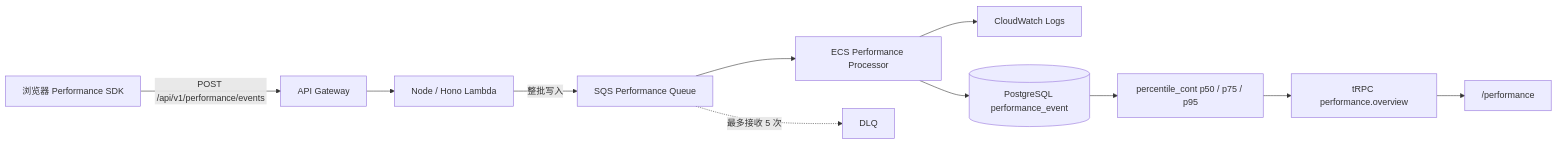
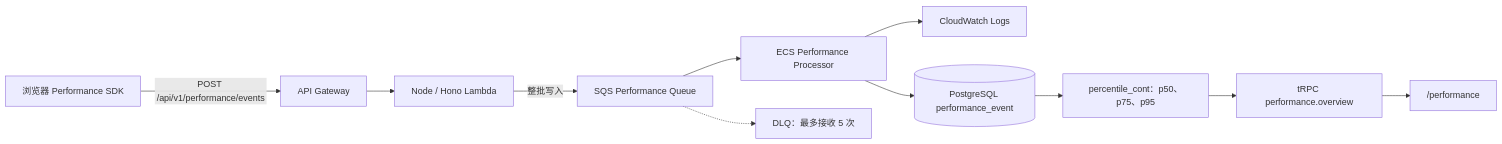
One commit to StarCoderLn/github-account-info changed the diagram in apps/fumadocs/content/docs/deployment/performance-observability/index.mdx. Above: the diagram before and after it, drawn with Mermaid. The commit also changed other lines of this file and 28 other files, not shown here.

````diff
--- a/apps/fumadocs/content/docs/deployment/performance-observability/index.mdx
+++ b/apps/fumadocs/content/docs/deployment/performance-observability/index.mdx
@@ -22,13 +38,13 @@
 ```mermaid
 flowchart LR
-  Browser[浏览器 Performance SDK] -->|POST /api/v1/performance/events| Api[API Gateway]
-  Api --> Lambda[Node / Hono Lambda]
-  Lambda -->|整批写入| Queue[SQS Performance Queue]
-  Queue --> Processor[ECS Performance Processor]
-  Queue -.最多接收 5 次.-> DLQ[DLQ]
-  Processor --> Logs[CloudWatch Logs]
-  Processor --> DB[(PostgreSQL performance_event)]
-  DB --> Stats[percentile_cont p50 / p75 / p95]
-  Stats --> TRPC[tRPC performance.overview]
+  Browser["浏览器 Performance SDK"] -->|"POST /api/v1/performance/events"| Api["API Gateway"]
+  Api --> Lambda["Node / Hono Lambda"]
+  Lambda -->|"整批写入"| Queue["SQS Performance Queue"]
+  Queue --> Processor["ECS Performance Processor"]
+  Queue -.-> DLQ["DLQ：最多接收 5 次"]
+  Processor --> Logs["CloudWatch Logs"]
+  Processor --> DB[("PostgreSQL performance_event")]
+  DB --> Stats["percentile_cont：p50、p75、p95"]
+  Stats --> TRPC["tRPC performance.overview"]
   TRPC --> Page["/performance"]
 ```
````
